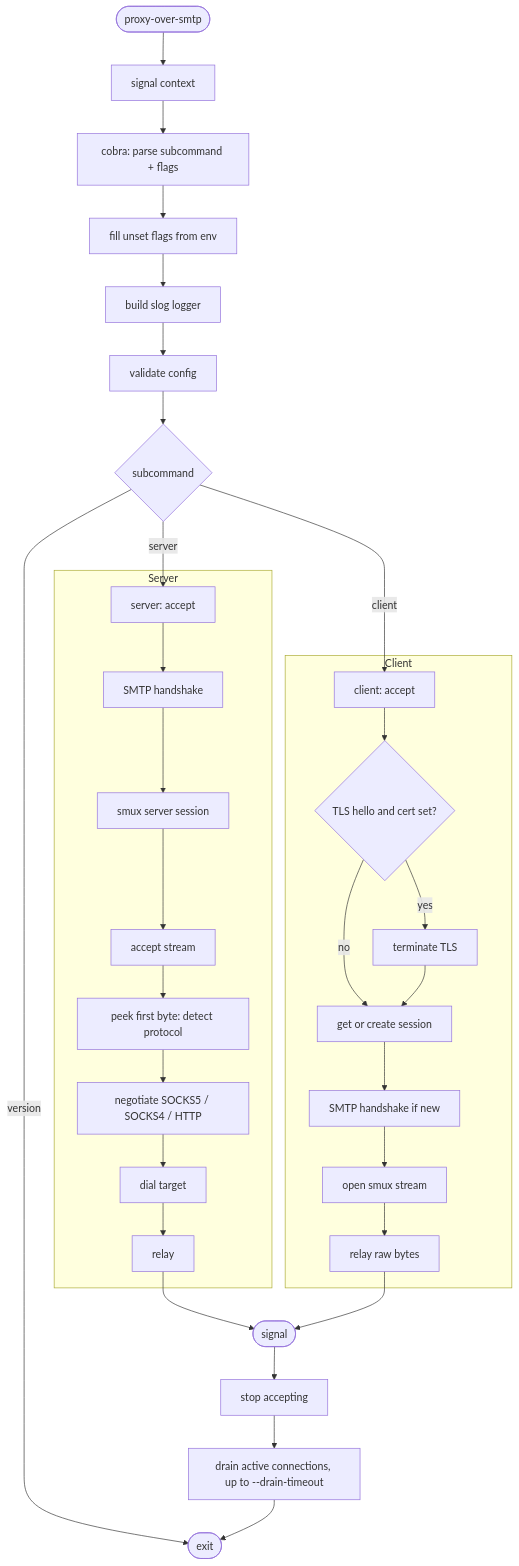
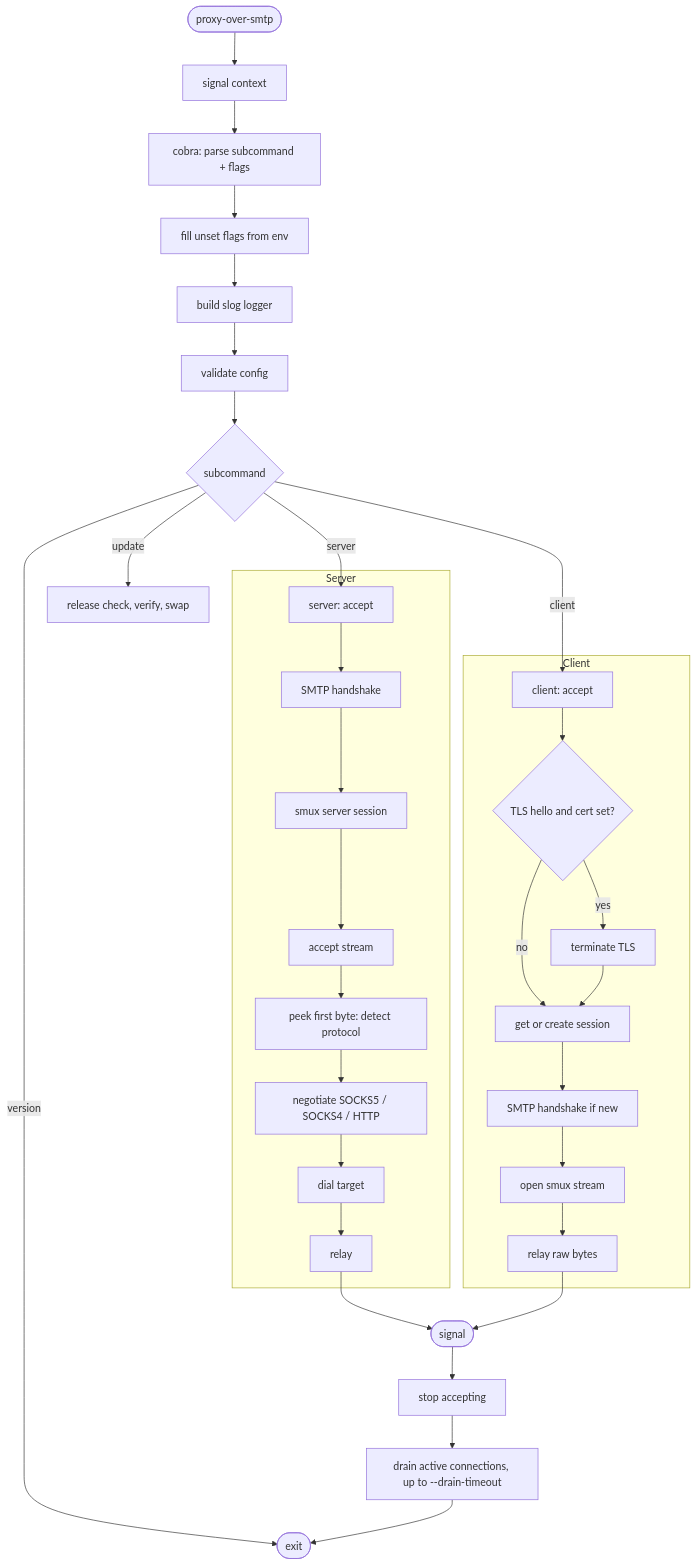
One commit to dimaskiddo/proxy-over-smtp changed the first of 4 diagrams in docs/WORKFLOWS.md. Above: the diagram before and after it, drawn with Mermaid. The commit also changed other lines of this file and 26 other files, not shown here.

````diff
--- a/docs/WORKFLOWS.md
+++ b/docs/WORKFLOWS.md
@@ -9,39 +9,40 @@
 ```mermaid
 flowchart TD
     Start([proxy-over-smtp]) --> Ctx[signal context]
     Ctx --> Cobra[cobra: parse subcommand + flags]
     Cobra --> Env[fill unset flags from env]
     Env --> Log[build slog logger]
     Log --> Val[validate config]
     Val --> Route{subcommand}
 
     Route -- server --> SAccept[server: accept]
     Route -- client --> CAccept[client: accept]
+    Route -- update --> UCheck[release check, verify, swap]
     Route -- version --> Done
 
     subgraph Server
         SAccept --> SHand[SMTP handshake]
         SHand --> SMux[smux server session]
         SMux --> SStream[accept stream]
         SStream --> SDet[peek first byte: detect protocol]
         SDet --> SSocks[negotiate SOCKS5 / SOCKS4 / HTTP]
         SSocks --> SDial[dial target]
         SDial --> SRelay[relay]
     end
 
     subgraph Client
         CAccept --> CTls{TLS hello and cert set?}
         CTls -- yes --> CTerm[terminate TLS]
         CTls -- no --> CSess
         CTerm --> CSess[get or create session]
         CSess --> CHand[SMTP handshake if new]
         CHand --> COpen[open smux stream]
         COpen --> CRelay[relay raw bytes]
     end
 
     SRelay --> Stop
     CRelay --> Stop
     Stop([signal]) --> NoAccept[stop accepting]
     NoAccept --> Drain[drain active connections, up to --drain-timeout]
     Drain --> Done([exit])
 ```
````
